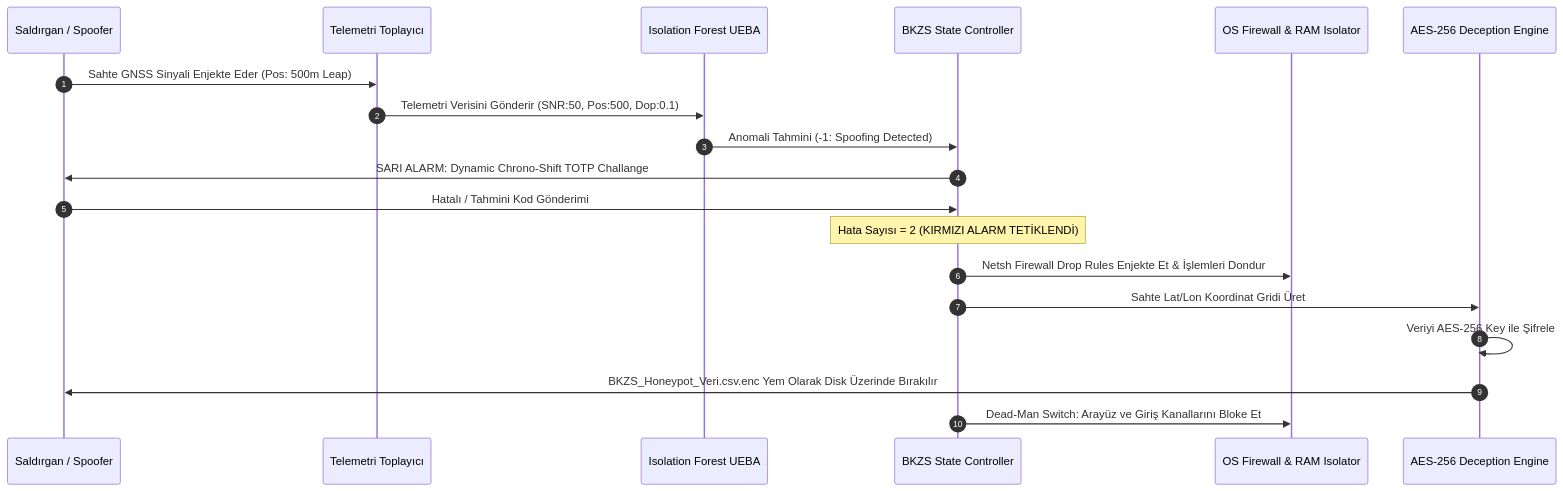
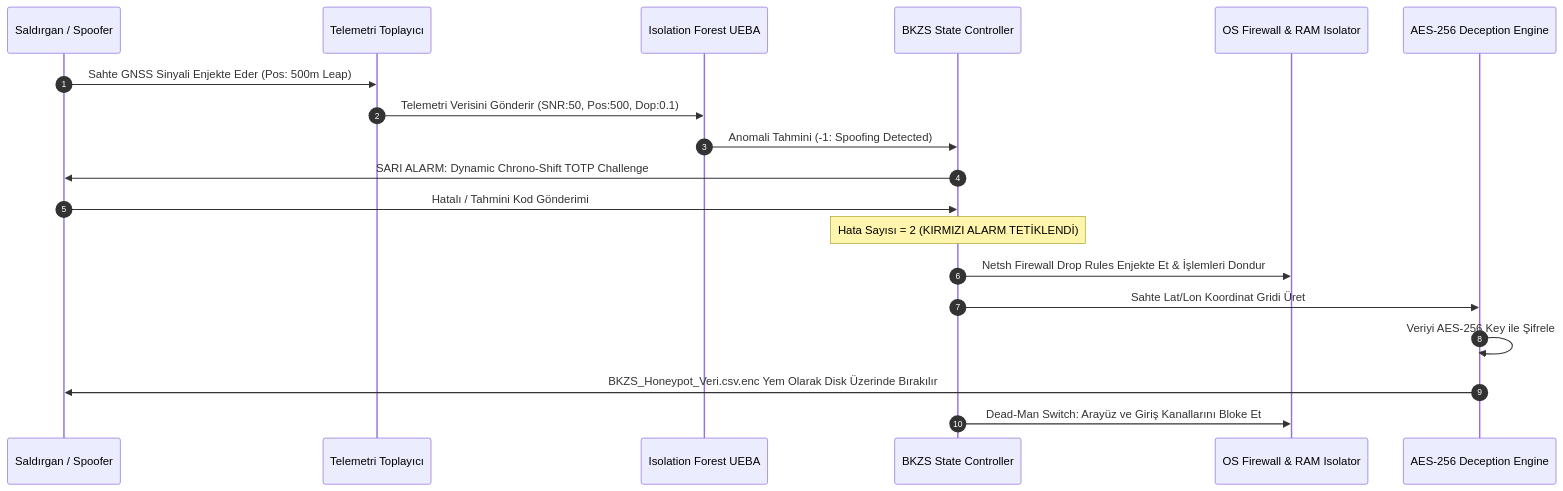
Before and after one commit to bilalgokcenay43-tech/BKZS-Savunma-Sistemi: the second of 2 diagrams in BKZS_Enterprise_Engineering_Dossier.md, drawn with Mermaid. The commit also changed other lines of this file and 1 other file, not shown here.

````diff
--- a/BKZS_Enterprise_Engineering_Dossier.md
+++ b/BKZS_Enterprise_Engineering_Dossier.md
@@ -131,22 +131,22 @@
 ```mermaid
 sequenceDiagram
     autonumber
     participant Attacker as Saldırgan / Spoofer
     participant Collector as Telemetri Toplayıcı
     participant ML as Isolation Forest UEBA
     participant Core as BKZS State Controller
     participant OS as OS Firewall & RAM Isolator
     participant Crypto as AES-256 Deception Engine
 
     Attacker->>Collector: Sahte GNSS Sinyali Enjekte Eder (Pos: 500m Leap)
     Collector->>ML: Telemetri Verisini Gönderir (SNR:50, Pos:500, Dop:0.1)
     ML->>Core: Anomali Tahmini (-1: Spoofing Detected)
-    Core->>Attacker: SARI ALARM: Dynamic Chrono-Shift TOTP Challange
+    Core->>Attacker: SARI ALARM: Dynamic Chrono-Shift TOTP Challenge
     Attacker->>Core: Hatalı / Tahmini Kod Gönderimi
     Note over Core: Hata Sayısı = 2 (KIRMIZI ALARM TETİKLENDİ)
     Core->>OS: Netsh Firewall Drop Rules Enjekte Et & İşlemleri Dondur
     Core->>Crypto: Sahte Lat/Lon Koordinat Gridi Üret
     Crypto->>Crypto: Veriyi AES-256 Key ile Şifrele
     Crypto->>Attacker: BKZS_Honeypot_Veri.csv.enc Yem Olarak Disk Üzerinde Bırakılır
     Core->>OS: Dead-Man Switch: Arayüz ve Giriş Kanallarını Bloke Et
 ```
````
